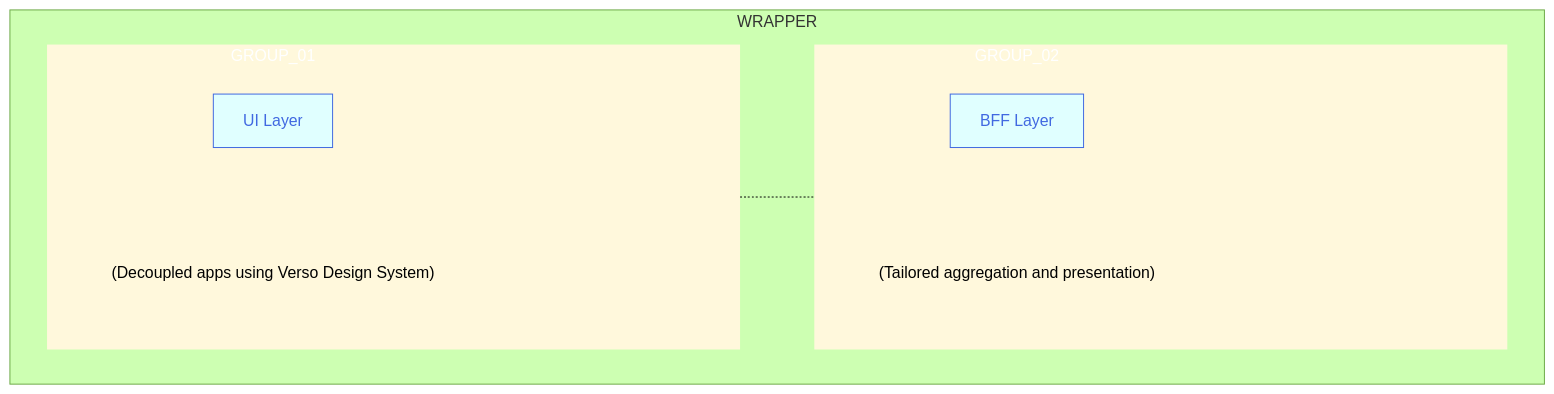
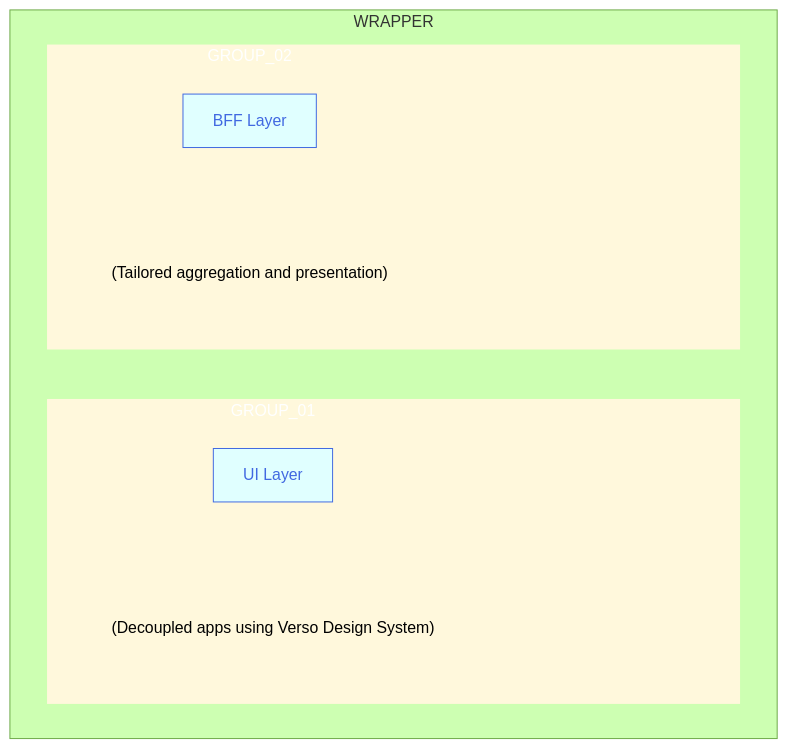
Before and after one commit to joe-dorward/samples: the diagram in buttons_mermaid_v5.md, drawn with Mermaid (forest theme).

````diff
--- a/buttons_mermaid_v5.md
+++ b/buttons_mermaid_v5.md
@@ -3,44 +3,44 @@
 ```mermaid
   %%{
     init: {
       "flowchart": { "markdownAutoWrap":"false", "textWrap":"false", "textAlign":"left", "wrappingWidth": "100%" }
     }
   }%%
   flowchart TD
 
   classDef Button fill:lightcyan, stroke:royalblue, color:royalblue;
   classDef Note fill:transparent, stroke-width:0px
   %% ---------- ---------- ---------- ---------- ---------- ---------- ---------- ---------- ---------- ----------
 subgraph WRAPPER
   subgraph GROUP_01
     %%direction LR
 
     BUTTON_01_NOTE["(Decoupled apps using Verso Design System)"]:::Note
     BUTTON_01["UI Layer"]:::Button
     click BUTTON_01 "https://en.wikipedia.org/wiki/Main_Page" _blank
 
     BUTTON_01~~~
     BUTTON_01_NOTE
   end
   %% ---------- ---------- ---------- ---------- ---------- ---------- ---------- ---------- ---------- ----------
   subgraph GROUP_02
     %%direction LR
 
     BUTTON_02_NOTE["(Tailored aggregation and presentation)"]:::Note
     BUTTON_02["BFF Layer"]:::Button
     click BUTTON_02 "https://en.wikipedia.org/wiki/Main_Page" _blank
 
     BUTTON_02~~~
     BUTTON_02_NOTE
   end
 end
   %% ---------- ---------- ---------- ---------- ---------- ---------- ---------- ---------- ---------- ----------
 
-GROUP_01-.-GROUP_02
+%%GROUP_01-.-GROUP_02
 
 %%BUTTON_01-->BUTTON_02
 
   style GROUP_01 fill:cornsilk, color:white, stroke-width:0px, width: 700px
   style GROUP_02 fill:cornsilk, color:white, stroke-width:0px, width: 700px
 
 ```
````
